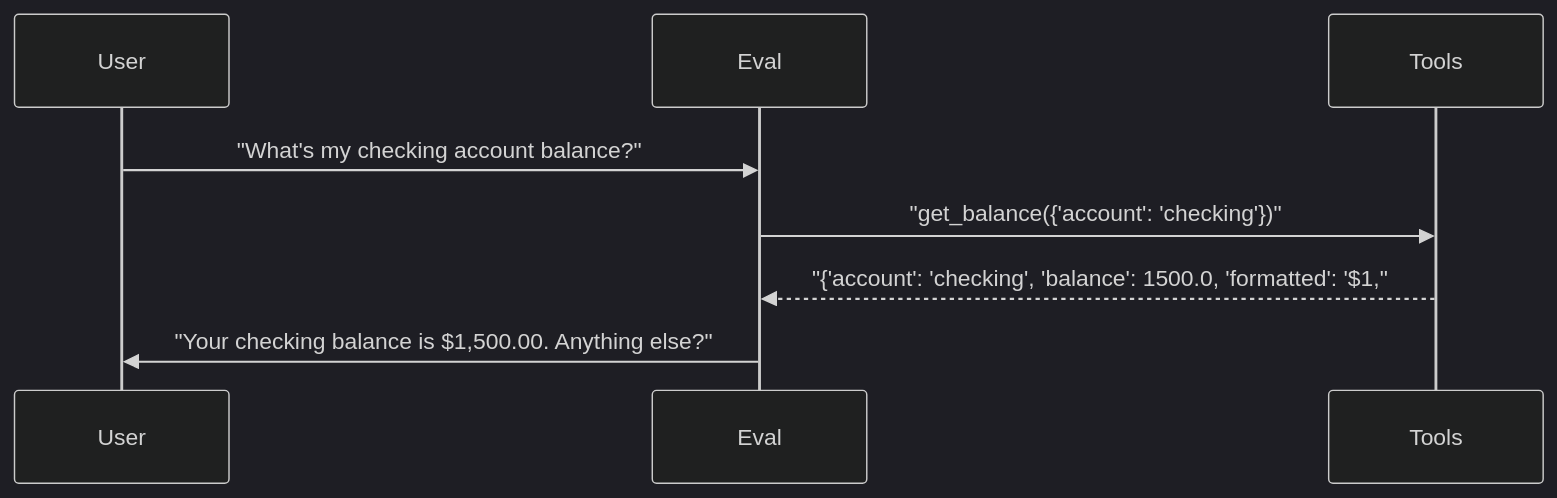
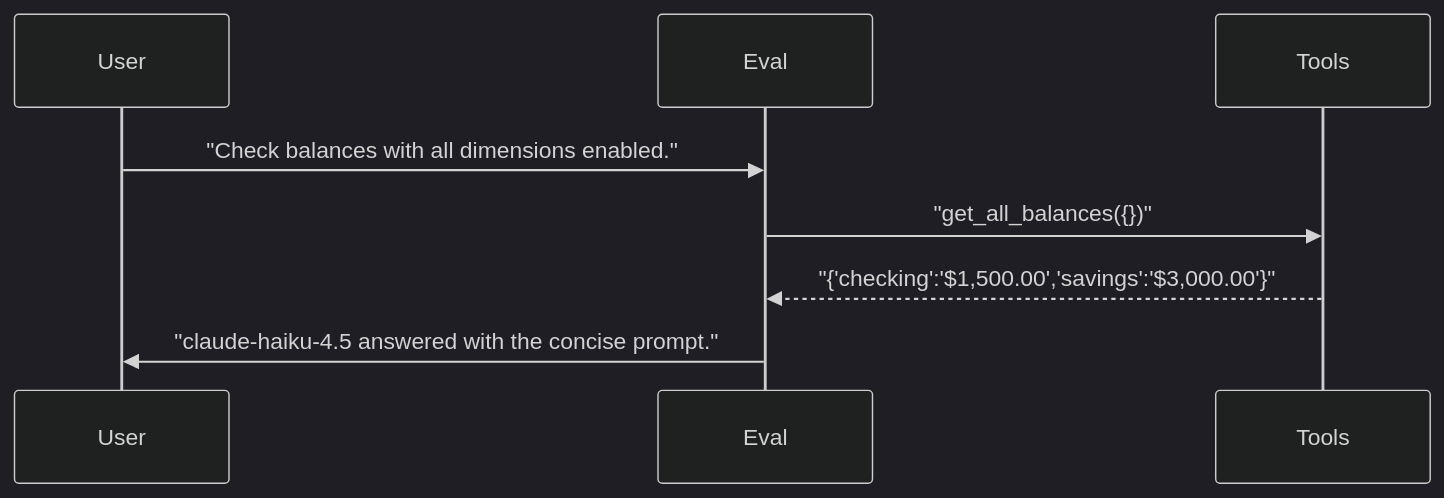
The third of 4 diagrams in docs/reports/10_dimension_detection.md (sbroenne/pytest-skill-engineering), drawn with Mermaid (dark theme) before and after one commit. The commit also changed other lines of this file and 137 other files, not shown here.

````diff
--- a/docs/reports/10_dimension_detection.md
+++ b/docs/reports/10_dimension_detection.md
@@ -188,11 +126,11 @@
 ```mermaid
 sequenceDiagram
     participant User
     participant Eval
     participant Tools
 
-    User->>Eval: "What's my checking account balance?"
-    Eval->>Tools: "get_balance({'account': 'checking'})"
-    Tools-->>Eval: "{'account': 'checking', 'balance': 1500.0, 'formatted': '$1,"
-    Eval->>User: "Your checking balance is $1,500.00. Anything else?"
+    User->>Eval: "Check balances with all dimensions enabled."
+    Eval->>Tools: "get_all_balances({})"
+    Tools-->>Eval: "{'checking':'$1,500.00','savings':'$3,000.00'}"
+    Eval->>User: "claude-haiku-4.5 answered with the concise prompt."
 ```
````
